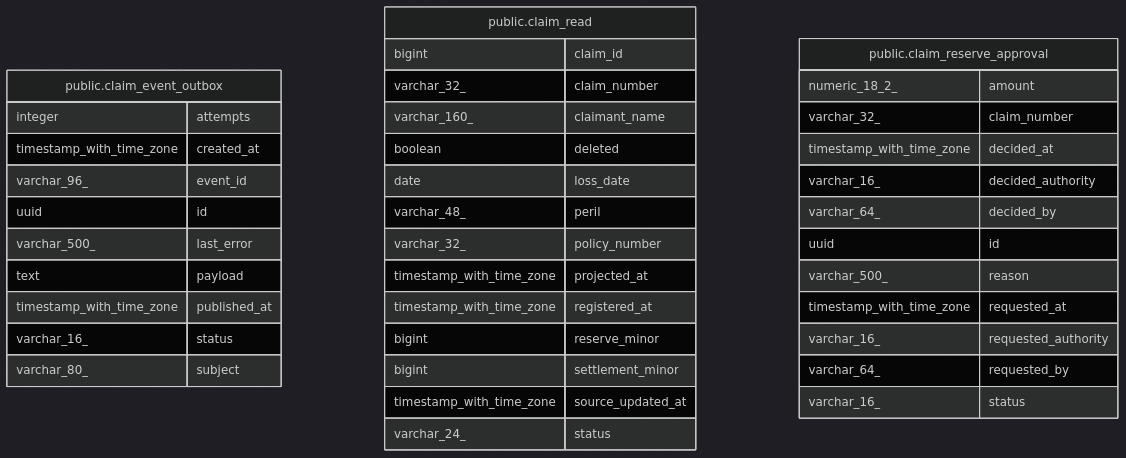
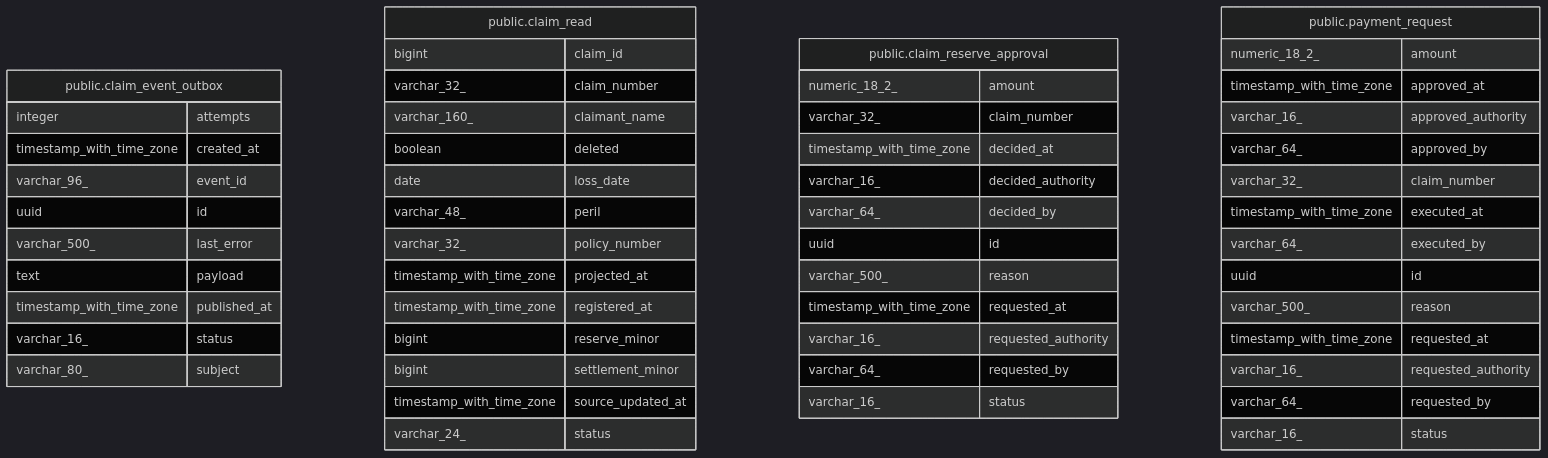
Before and after one commit to andrelair-platform/ktayl-claims: the diagram in docs/data-model/README.md, drawn with Mermaid (dark theme). The commit also changed other lines of this file and 16 other files, not shown here.

````diff
--- a/docs/data-model/README.md
+++ b/docs/data-model/README.md
@@ -13,44 +14,59 @@
 ```mermaid
 erDiagram
 
 
 "public.claim_event_outbox" {
   integer attempts
   timestamp_with_time_zone created_at
   varchar_96_ event_id
   uuid id
   varchar_500_ last_error
   text payload
   timestamp_with_time_zone published_at
   varchar_16_ status
   varchar_80_ subject
 }
 "public.claim_read" {
   bigint claim_id
   varchar_32_ claim_number
   varchar_160_ claimant_name
   boolean deleted
   date loss_date
   varchar_48_ peril
   varchar_32_ policy_number
   timestamp_with_time_zone projected_at
   timestamp_with_time_zone registered_at
   bigint reserve_minor
   bigint settlement_minor
   timestamp_with_time_zone source_updated_at
   varchar_24_ status
 }
 "public.claim_reserve_approval" {
   numeric_18_2_ amount
   varchar_32_ claim_number
   timestamp_with_time_zone decided_at
   varchar_16_ decided_authority
   varchar_64_ decided_by
   uuid id
   varchar_500_ reason
   timestamp_with_time_zone requested_at
   varchar_16_ requested_authority
   varchar_64_ requested_by
   varchar_16_ status
 }
+"public.payment_request" {
+  numeric_18_2_ amount
+  timestamp_with_time_zone approved_at
+  varchar_16_ approved_authority
+  varchar_64_ approved_by
+  varchar_32_ claim_number
+  timestamp_with_time_zone executed_at
+  varchar_64_ executed_by
+  uuid id
+  varchar_500_ reason
+  timestamp_with_time_zone requested_at
+  varchar_16_ requested_authority
+  varchar_64_ requested_by
+  varchar_16_ status
+}
 ```
````
